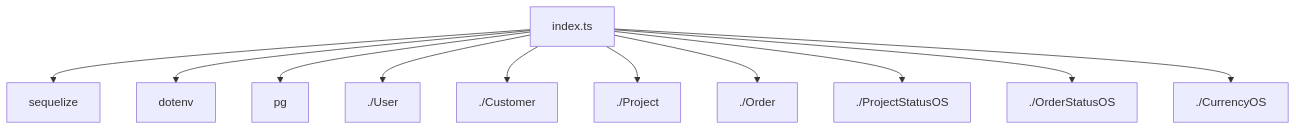
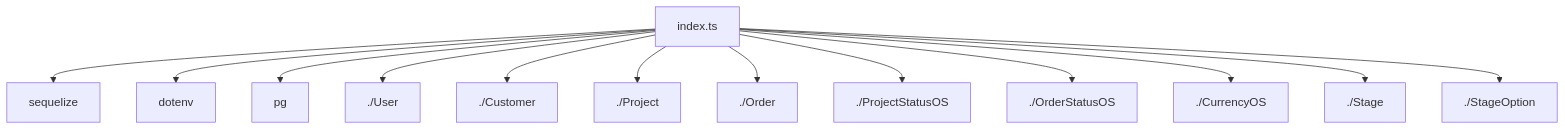
The diagram in docs/components/lib/models/index.md (alcompstudio/studio-current), drawn with Mermaid before and after one commit. The commit also changed 192 other files, not shown here.

````diff
--- a/docs/components/lib/models/index.md
+++ b/docs/components/lib/models/index.md
@@ -7,24 +7,28 @@
 ```mermaid
 flowchart TD
     index_ts[index.ts]
     sequelize[sequelize]
     index_ts --> sequelize
     dotenv[dotenv]
     index_ts --> dotenv
     pg[pg]
     index_ts --> pg
     User[./User]
     index_ts --> User
     Customer[./Customer]
     index_ts --> Customer
     Project[./Project]
     index_ts --> Project
     Order[./Order]
     index_ts --> Order
     ProjectStatusOS[./ProjectStatusOS]
     index_ts --> ProjectStatusOS
     OrderStatusOS[./OrderStatusOS]
     index_ts --> OrderStatusOS
     CurrencyOS[./CurrencyOS]
     index_ts --> CurrencyOS
+    Stage[./Stage]
+    index_ts --> Stage
+    StageOption[./StageOption]
+    index_ts --> StageOption
 ```
````
